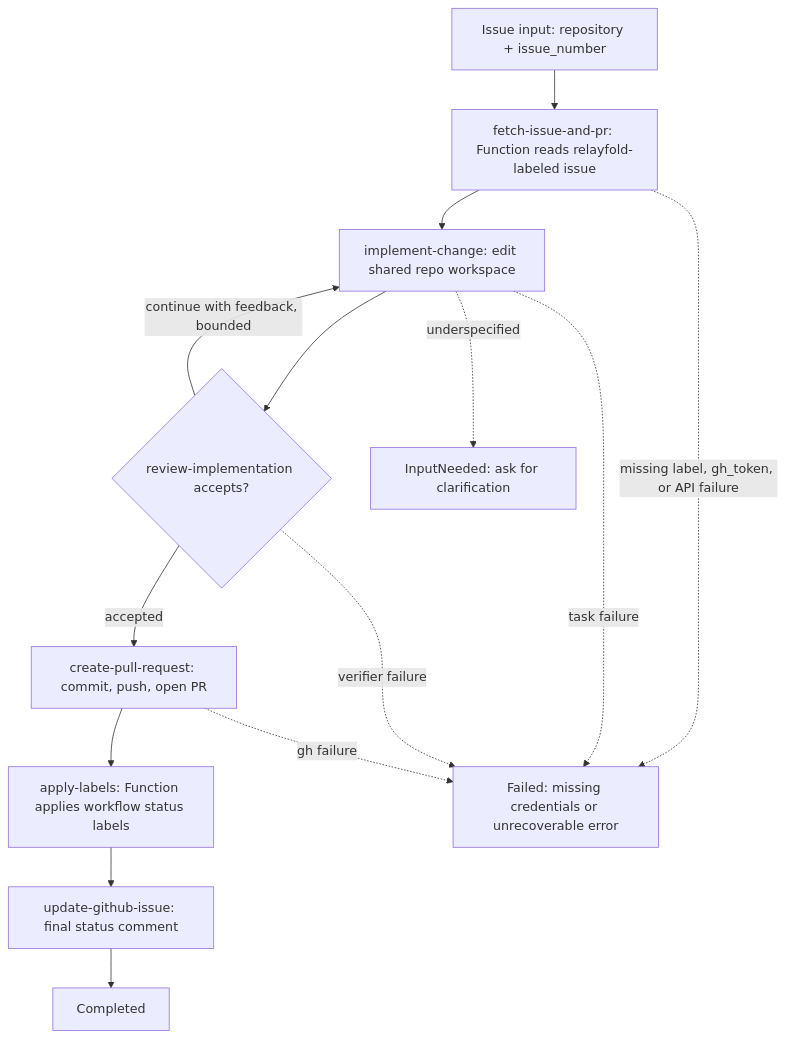
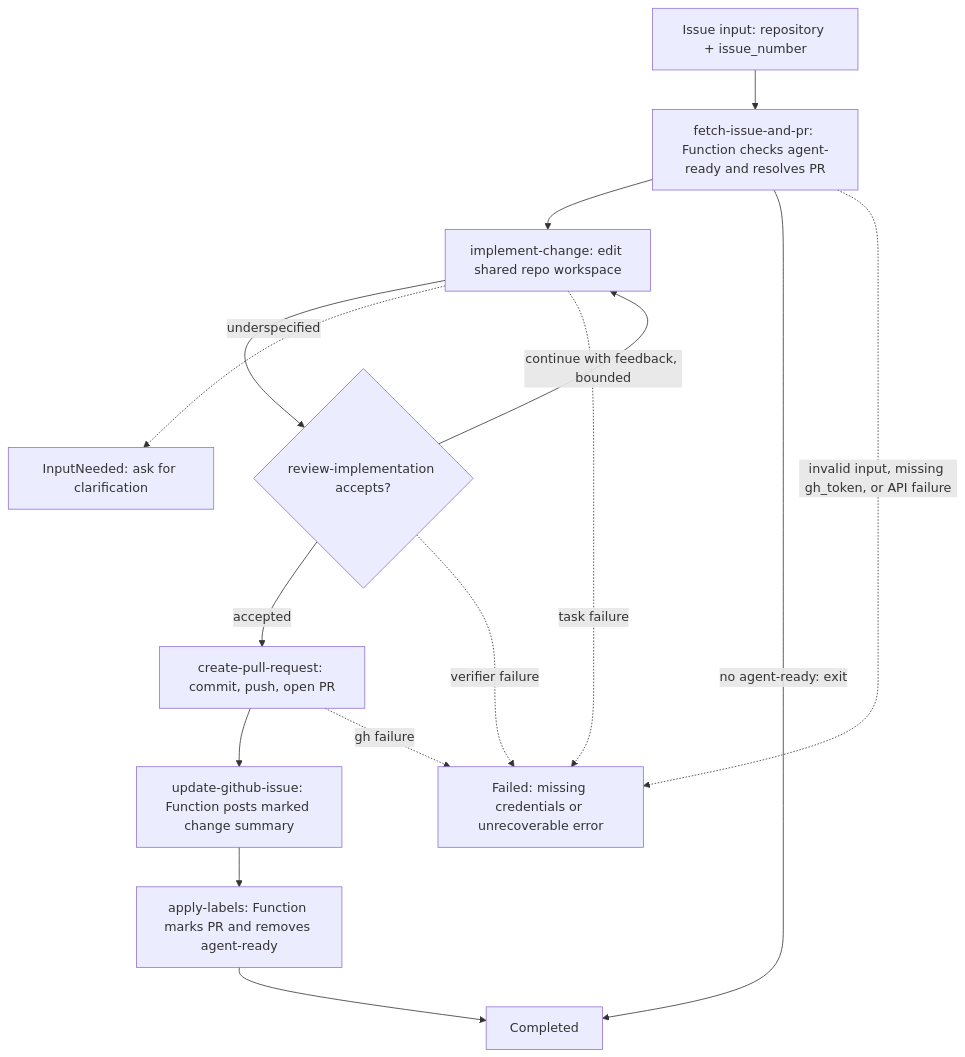
The diagram in website/src/content/docs/docs/examples/github-issue-pr-workflow.md (parsablelabs/relayfold), drawn with Mermaid before and after one commit. The commit also changed other lines of this file and 62 other files, not shown here.

```diff
--- a/website/src/content/docs/docs/examples/github-issue-pr-workflow.md
+++ b/website/src/content/docs/docs/examples/github-issue-pr-workflow.md
@@ -51,26 +51,27 @@
 <pre class="mermaid">
 flowchart TD
     Input["Issue input: repository + issue_number"]
-    Fetch["fetch-issue-and-pr: Function reads relayfold-labeled issue"]
+    Fetch["fetch-issue-and-pr: Function checks agent-ready and resolves PR"]
     Implement["implement-change: edit shared repo workspace"]
     Review{"review-implementation accepts?"}
     PR["create-pull-request: commit, push, open PR"]
-    Mark["apply-labels: Function applies workflow status labels"]
-    Comment["update-github-issue: final status comment"]
+    Mark["apply-labels: Function marks PR and removes agent-ready"]
+    Comment["update-github-issue: Function posts marked change summary"]
     Done["Completed"]
     Clarify["InputNeeded: ask for clarification"]
     Failed["Failed: missing credentials or unrecoverable error"]
     Input --> Fetch
     Fetch --> Implement
     Implement --> Review
     Review -->|continue with feedback, bounded| Implement
     Review -->|accepted| PR
-    PR --> Mark
-    Mark --> Comment
-    Comment --> Done
+    PR --> Comment
+    Comment --> Mark
+    Mark --> Done
+    Fetch -->|no agent-ready: exit| Done
     Implement -. underspecified .-> Clarify
-    Fetch -. missing label, gh_token, or API failure .-> Failed
+    Fetch -. invalid input, missing gh_token, or API failure .-> Failed
     Implement -. task failure .-> Failed
     Review -. verifier failure .-> Failed
     PR -. gh failure .-> Failed
 </pre>
```
